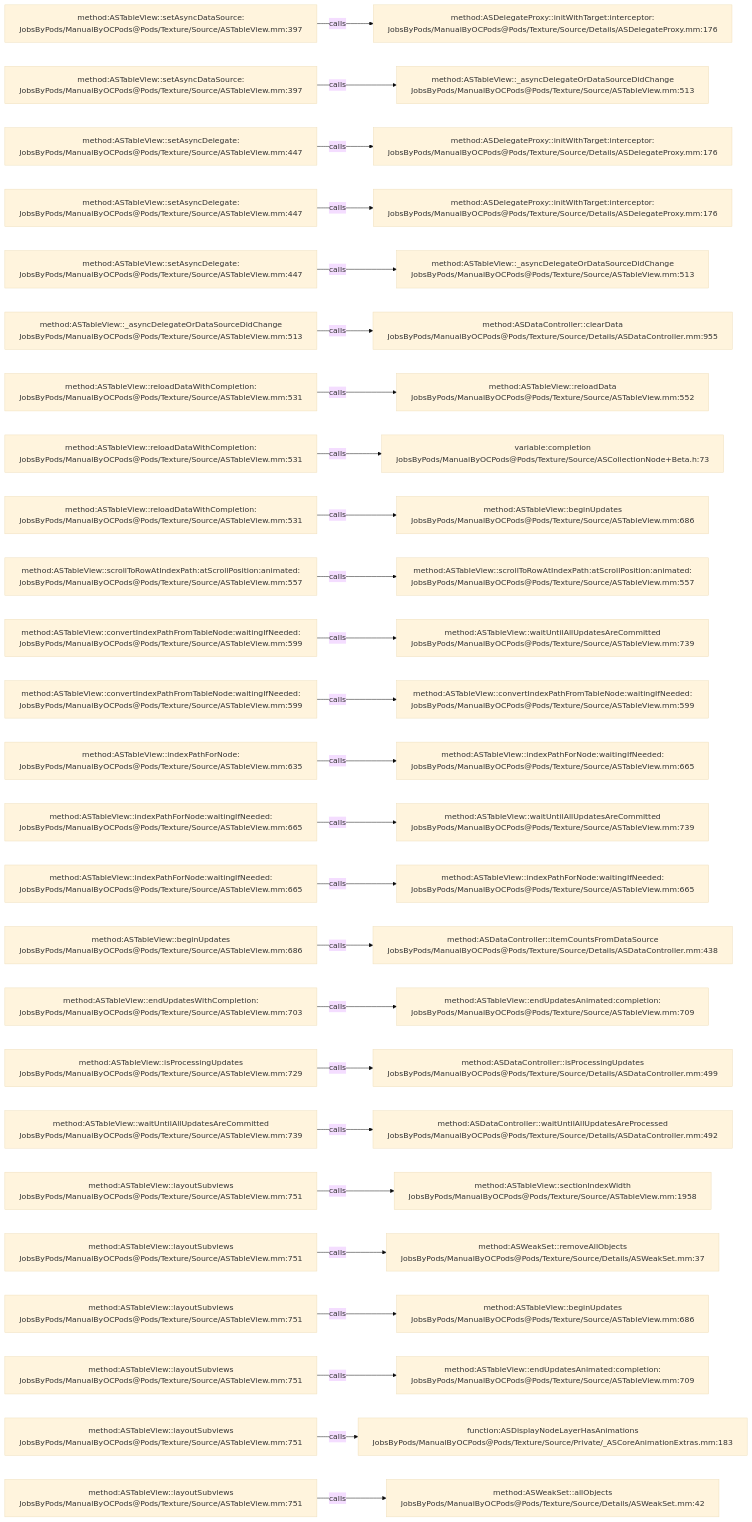
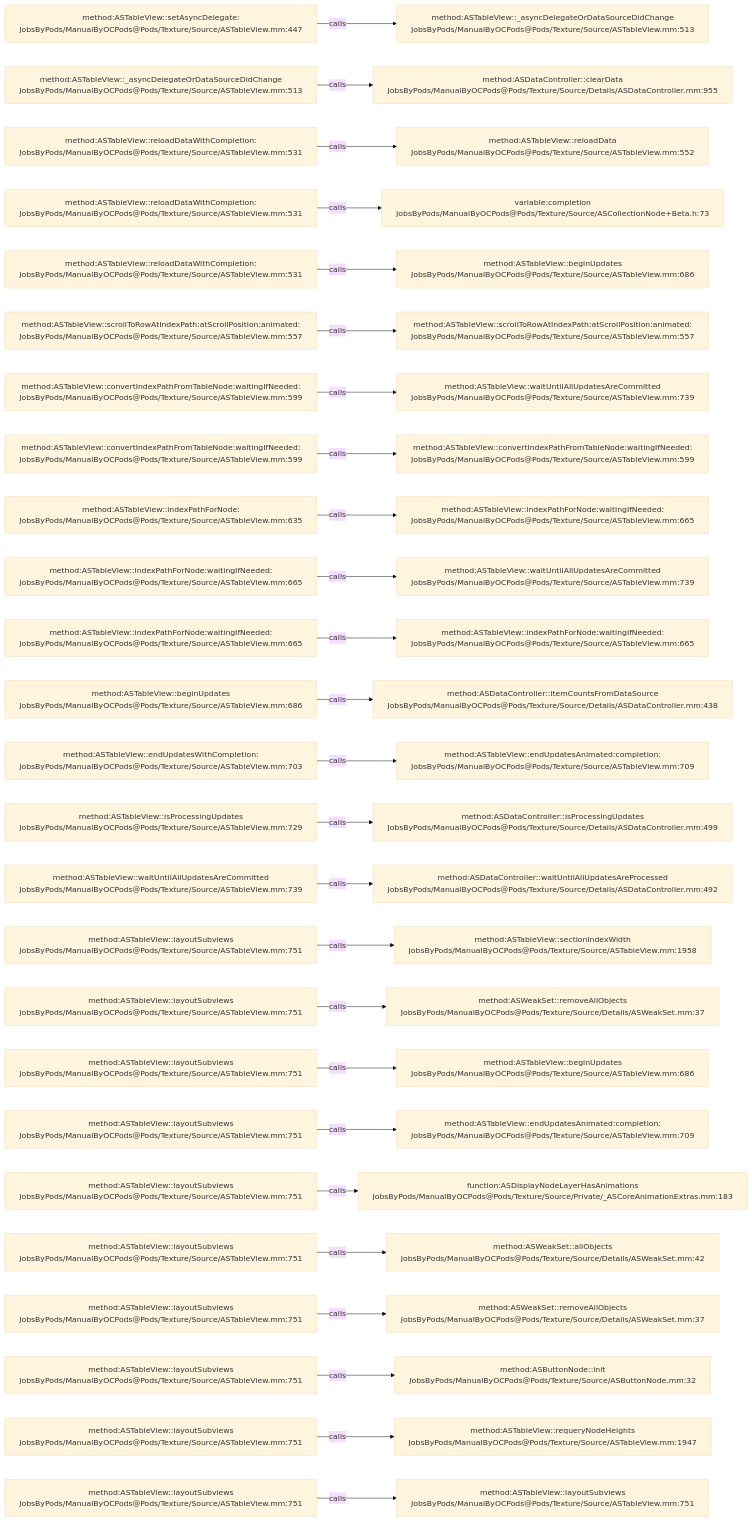
One commit to JobsKits/JobsOCBaseConfigDemo changed the diagram in .codegraph/codegraph.md/graphs/calls-125.md. Above: the diagram before and after it, drawn with Mermaid (base theme). The commit also changed 727 other files, not shown here.

````diff
--- a/.codegraph/codegraph.md/graphs/calls-125.md
+++ b/.codegraph/codegraph.md/graphs/calls-125.md
@@ -13,78 +13,78 @@
 ```mermaid
 flowchart LR
-  S1["method:ASTableView::setAsyncDataSource:<br/>JobsByPods/ManualByOCPods@Pods/Texture/Source/ASTableView.mm:397"]
-  T1["method:ASDelegateProxy::initWithTarget:interceptor:<br/>JobsByPods/ManualByOCPods@Pods/Texture/Source/Details/ASDelegateProxy.mm:176"]
+  S1["method:ASTableView::setAsyncDelegate:<br/>JobsByPods/ManualByOCPods@Pods/Texture/Source/ASTableView.mm:447"]
+  T1["method:ASTableView::_asyncDelegateOrDataSourceDidChange<br/>JobsByPods/ManualByOCPods@Pods/Texture/Source/ASTableView.mm:513"]
   S1 -->|calls| T1
-  S2["method:ASTableView::setAsyncDataSource:<br/>JobsByPods/ManualByOCPods@Pods/Texture/Source/ASTableView.mm:397"]
-  T2["method:ASTableView::_asyncDelegateOrDataSourceDidChange<br/>JobsByPods/ManualByOCPods@Pods/Texture/Source/ASTableView.mm:513"]
+  S2["method:ASTableView::_asyncDelegateOrDataSourceDidChange<br/>JobsByPods/ManualByOCPods@Pods/Texture/Source/ASTableView.mm:513"]
+  T2["method:ASDataController::clearData<br/>JobsByPods/ManualByOCPods@Pods/Texture/Source/Details/ASDataController.mm:955"]
   S2 -->|calls| T2
-  S3["method:ASTableView::setAsyncDelegate:<br/>JobsByPods/ManualByOCPods@Pods/Texture/Source/ASTableView.mm:447"]
-  T3["method:ASDelegateProxy::initWithTarget:interceptor:<br/>JobsByPods/ManualByOCPods@Pods/Texture/Source/Details/ASDelegateProxy.mm:176"]
+  S3["method:ASTableView::reloadDataWithCompletion:<br/>JobsByPods/ManualByOCPods@Pods/Texture/Source/ASTableView.mm:531"]
+  T3["method:ASTableView::reloadData<br/>JobsByPods/ManualByOCPods@Pods/Texture/Source/ASTableView.mm:552"]
   S3 -->|calls| T3
-  S4["method:ASTableView::setAsyncDelegate:<br/>JobsByPods/ManualByOCPods@Pods/Texture/Source/ASTableView.mm:447"]
-  T4["method:ASDelegateProxy::initWithTarget:interceptor:<br/>JobsByPods/ManualByOCPods@Pods/Texture/Source/Details/ASDelegateProxy.mm:176"]
+  S4["method:ASTableView::reloadDataWithCompletion:<br/>JobsByPods/ManualByOCPods@Pods/Texture/Source/ASTableView.mm:531"]
+  T4["variable:completion<br/>JobsByPods/ManualByOCPods@Pods/Texture/Source/ASCollectionNode+Beta.h:73"]
   S4 -->|calls| T4
-  S5["method:ASTableView::setAsyncDelegate:<br/>JobsByPods/ManualByOCPods@Pods/Texture/Source/ASTableView.mm:447"]
-  T5["method:ASTableView::_asyncDelegateOrDataSourceDidChange<br/>JobsByPods/ManualByOCPods@Pods/Texture/Source/ASTableView.mm:513"]
+  S5["method:ASTableView::reloadDataWithCompletion:<br/>JobsByPods/ManualByOCPods@Pods/Texture/Source/ASTableView.mm:531"]
+  T5["method:ASTableView::beginUpdates<br/>JobsByPods/ManualByOCPods@Pods/Texture/Source/ASTableView.mm:686"]
   S5 -->|calls| T5
-  S6["method:ASTableView::_asyncDelegateOrDataSourceDidChange<br/>JobsByPods/ManualByOCPods@Pods/Texture/Source/ASTableView.mm:513"]
-  T6["method:ASDataController::clearData<br/>JobsByPods/ManualByOCPods@Pods/Texture/Source/Details/ASDataController.mm:955"]
+  S6["method:ASTableView::scrollToRowAtIndexPath:atScrollPosition:animated:<br/>JobsByPods/ManualByOCPods@Pods/Texture/Source/ASTableView.mm:557"]
+  T6["method:ASTableView::scrollToRowAtIndexPath:atScrollPosition:animated:<br/>JobsByPods/ManualByOCPods@Pods/Texture/Source/ASTableView.mm:557"]
   S6 -->|calls| T6
-  S7["method:ASTableView::reloadDataWithCompletion:<br/>JobsByPods/ManualByOCPods@Pods/Texture/Source/ASTableView.mm:531"]
-  T7["method:ASTableView::reloadData<br/>JobsByPods/ManualByOCPods@Pods/Texture/Source/ASTableView.mm:552"]
+  S7["method:ASTableView::convertIndexPathFromTableNode:waitingIfNeeded:<br/>JobsByPods/ManualByOCPods@Pods/Texture/Source/ASTableView.mm:599"]
+  T7["method:ASTableView::waitUntilAllUpdatesAreCommitted<br/>JobsByPods/ManualByOCPods@Pods/Texture/Source/ASTableView.mm:739"]
   S7 -->|calls| T7
-  S8["method:ASTableView::reloadDataWithCompletion:<br/>JobsByPods/ManualByOCPods@Pods/Texture/Source/ASTableView.mm:531"]
-  T8["variable:completion<br/>JobsByPods/ManualByOCPods@Pods/Texture/Source/ASCollectionNode+Beta.h:73"]
+  S8["method:ASTableView::convertIndexPathFromTableNode:waitingIfNeeded:<br/>JobsByPods/ManualByOCPods@Pods/Texture/Source/ASTableView.mm:599"]
+  T8["method:ASTableView::convertIndexPathFromTableNode:waitingIfNeeded:<br/>JobsByPods/ManualByOCPods@Pods/Texture/Source/ASTableView.mm:599"]
   S8 -->|calls| T8
-  S9["method:ASTableView::reloadDataWithCompletion:<br/>JobsByPods/ManualByOCPods@Pods/Texture/Source/ASTableView.mm:531"]
-  T9["method:ASTableView::beginUpdates<br/>JobsByPods/ManualByOCPods@Pods/Texture/Source/ASTableView.mm:686"]
+  S9["method:ASTableView::indexPathForNode:<br/>JobsByPods/ManualByOCPods@Pods/Texture/Source/ASTableView.mm:635"]
+  T9["method:ASTableView::indexPathForNode:waitingIfNeeded:<br/>JobsByPods/ManualByOCPods@Pods/Texture/Source/ASTableView.mm:665"]
   S9 -->|calls| T9
-  S10["method:ASTableView::scrollToRowAtIndexPath:atScrollPosition:animated:<br/>JobsByPods/ManualByOCPods@Pods/Texture/Source/ASTableView.mm:557"]
-  T10["method:ASTableView::scrollToRowAtIndexPath:atScrollPosition:animated:<br/>JobsByPods/ManualByOCPods@Pods/Texture/Source/ASTableView.mm:557"]
+  S10["method:ASTableView::indexPathForNode:waitingIfNeeded:<br/>JobsByPods/ManualByOCPods@Pods/Texture/Source/ASTableView.mm:665"]
+  T10["method:ASTableView::waitUntilAllUpdatesAreCommitted<br/>JobsByPods/ManualByOCPods@Pods/Texture/Source/ASTableView.mm:739"]
   S10 -->|calls| T10
-  S11["method:ASTableView::convertIndexPathFromTableNode:waitingIfNeeded:<br/>JobsByPods/ManualByOCPods@Pods/Texture/Source/ASTableView.mm:599"]
-  T11["method:ASTableView::waitUntilAllUpdatesAreCommitted<br/>JobsByPods/ManualByOCPods@Pods/Texture/Source/ASTableView.mm:739"]
+  S11["method:ASTableView::indexPathForNode:waitingIfNeeded:<br/>JobsByPods/ManualByOCPods@Pods/Texture/Source/ASTableView.mm:665"]
+  T11["method:ASTableView::indexPathForNode:waitingIfNeeded:<br/>JobsByPods/ManualByOCPods@Pods/Texture/Source/ASTableView.mm:665"]
   S11 -->|calls| T11
-  S12["method:ASTableView::convertIndexPathFromTableNode:waitingIfNeeded:<br/>JobsByPods/ManualByOCPods@Pods/Texture/Source/ASTableView.mm:599"]
-  T12["method:ASTableView::convertIndexPathFromTableNode:waitingIfNeeded:<br/>JobsByPods/ManualByOCPods@Pods/Texture/Source/ASTableView.mm:599"]
+  S12["method:ASTableView::beginUpdates<br/>JobsByPods/ManualByOCPods@Pods/Texture/Source/ASTableView.mm:686"]
+  T12["method:ASDataController::itemCountsFromDataSource<br/>JobsByPods/ManualByOCPods@Pods/Texture/Source/Details/ASDataController.mm:438"]
   S12 -->|calls| T12
-  S13["method:ASTableView::indexPathForNode:<br/>JobsByPods/ManualByOCPods@Pods/Texture/Source/ASTableView.mm:635"]
-  T13["method:ASTableView::indexPathForNode:waitingIfNeeded:<br/>JobsByPods/ManualByOCPods@Pods/Texture/Source/ASTableView.mm:665"]
+  S13["method:ASTableView::endUpdatesWithCompletion:<br/>JobsByPods/ManualByOCPods@Pods/Texture/Source/ASTableView.mm:703"]
+  T13["method:ASTableView::endUpdatesAnimated:completion:<br/>JobsByPods/ManualByOCPods@Pods/Texture/Source/ASTableView.mm:709"]
   S13 -->|calls| T13
-  S14["method:ASTableView::indexPathForNode:waitingIfNeeded:<br/>JobsByPods/ManualByOCPods@Pods/Texture/Source/ASTableView.mm:665"]
-  T14["method:ASTableView::waitUntilAllUpdatesAreCommitted<br/>JobsByPods/ManualByOCPods@Pods/Texture/Source/ASTableView.mm:739"]
+  S14["method:ASTableView::isProcessingUpdates<br/>JobsByPods/ManualByOCPods@Pods/Texture/Source/ASTableView.mm:729"]
+  T14["method:ASDataController::isProcessingUpdates<br/>JobsByPods/ManualByOCPods@Pods/Texture/Source/Details/ASDataController.mm:499"]
   S14 -->|calls| T14
-  S15["method:ASTableView::indexPathForNode:waitingIfNeeded:<br/>JobsByPods/ManualByOCPods@Pods/Texture/Source/ASTableView.mm:665"]
-  T15["method:ASTableView::indexPathForNode:waitingIfNeeded:<br/>JobsByPods/ManualByOCPods@Pods/Texture/Source/ASTableView.mm:665"]
+  S15["method:ASTableView::waitUntilAllUpdatesAreCommitted<br/>JobsByPods/ManualByOCPods@Pods/Texture/Source/ASTableView.mm:739"]
+  T15["method:ASDataController::waitUntilAllUpdatesAreProcessed<br/>JobsByPods/ManualByOCPods@Pods/Texture/Source/Details/ASDataController.mm:492"]
   S15 -->|calls| T15
-  S16["method:ASTableView::beginUpdates<br/>JobsByPods/ManualByOCPods@Pods/Texture/Source/ASTableView.mm:686"]
-  T16["method:ASDataController::itemCountsFromDataSource<br/>JobsByPods/ManualByOCPods@Pods/Texture/Source/Details/ASDataController.mm:438"]
+  S16["method:ASTableView::layoutSubviews<br/>JobsByPods/ManualByOCPods@Pods/Texture/Source/ASTableView.mm:751"]
+  T16["method:ASTableView::sectionIndexWidth<br/>JobsByPods/ManualByOCPods@Pods/Texture/Source/ASTableView.mm:1958"]
   S16 -->|calls| T16
-  S17["method:ASTableView::endUpdatesWithCompletion:<br/>JobsByPods/ManualByOCPods@Pods/Texture/Source/ASTableView.mm:703"]
-  T17["method:ASTableView::endUpdatesAnimated:completion:<br/>JobsByPods/ManualByOCPods@Pods/Texture/Source/ASTableView.mm:709"]
+  S17["method:ASTableView::layoutSubviews<br/>JobsByPods/ManualByOCPods@Pods/Texture/Source/ASTableView.mm:751"]
+  T17["method:ASWeakSet::removeAllObjects<br/>JobsByPods/ManualByOCPods@Pods/Texture/Source/Details/ASWeakSet.mm:37"]
   S17 -->|calls| T17
-  S18["method:ASTableView::isProcessingUpdates<br/>JobsByPods/ManualByOCPods@Pods/Texture/Source/ASTableView.mm:729"]
-  T18["method:ASDataController::isProcessingUpdates<br/>JobsByPods/ManualByOCPods@Pods/Texture/Source/Details/ASDataController.mm:499"]
+  S18["method:ASTableView::layoutSubviews<br/>JobsByPods/ManualByOCPods@Pods/Texture/Source/ASTableView.mm:751"]
+  T18["method:ASTableView::beginUpdates<br/>JobsByPods/ManualByOCPods@Pods/Texture/Source/ASTableView.mm:686"]
   S18 -->|calls| T18
-  S19["method:ASTableView::waitUntilAllUpdatesAreCommitted<br/>JobsByPods/ManualByOCPods@Pods/Texture/Source/ASTableView.mm:739"]
-  T19["method:ASDataController::waitUntilAllUpdatesAreProcessed<br/>JobsByPods/ManualByOCPods@Pods/Texture/Source/Details/ASDataController.mm:492"]
+  S19["method:ASTableView::layoutSubviews<br/>JobsByPods/ManualByOCPods@Pods/Texture/Source/ASTableView.mm:751"]
+  T19["method:ASTableView::endUpdatesAnimated:completion:<br/>JobsByPods/ManualByOCPods@Pods/Texture/Source/ASTableView.mm:709"]
   S19 -->|calls| T19
   S20["method:ASTableView::layoutSubviews<br/>JobsByPods/ManualByOCPods@Pods/Texture/Source/ASTableView.mm:751"]
-  T20["method:ASTableView::sectionIndexWidth<br/>JobsByPods/ManualByOCPods@Pods/Texture/Source/ASTableView.mm:1958"]
+  T20["function:ASDisplayNodeLayerHasAnimations<br/>JobsByPods/ManualByOCPods@Pods/Texture/Source/Private/_ASCoreAnimationExtras.mm:183"]
   S20 -->|calls| T20
   S21["method:ASTableView::layoutSubviews<br/>JobsByPods/ManualByOCPods@Pods/Texture/Source/ASTableView.mm:751"]
-  T21["method:ASWeakSet::removeAllObjects<br/>JobsByPods/ManualByOCPods@Pods/Texture/Source/Details/ASWeakSet.mm:37"]
+  T21["method:ASWeakSet::allObjects<br/>JobsByPods/ManualByOCPods@Pods/Texture/Source/Details/ASWeakSet.mm:42"]
   S21 -->|calls| T21
   S22["method:ASTableView::layoutSubviews<br/>JobsByPods/ManualByOCPods@Pods/Texture/Source/ASTableView.mm:751"]
-  T22["method:ASTableView::beginUpdates<br/>JobsByPods/ManualByOCPods@Pods/Texture/Source/ASTableView.mm:686"]
+  T22["method:ASWeakSet::removeAllObjects<br/>JobsByPods/ManualByOCPods@Pods/Texture/Source/Details/ASWeakSet.mm:37"]
   S22 -->|calls| T22
   S23["method:ASTableView::layoutSubviews<br/>JobsByPods/ManualByOCPods@Pods/Texture/Source/ASTableView.mm:751"]
-  T23["method:ASTableView::endUpdatesAnimated:completion:<br/>JobsByPods/ManualByOCPods@Pods/Texture/Source/ASTableView.mm:709"]
+  T23["method:ASButtonNode::init<br/>JobsByPods/ManualByOCPods@Pods/Texture/Source/ASButtonNode.mm:32"]
   S23 -->|calls| T23
   S24["method:ASTableView::layoutSubviews<br/>JobsByPods/ManualByOCPods@Pods/Texture/Source/ASTableView.mm:751"]
-  T24["function:ASDisplayNodeLayerHasAnimations<br/>JobsByPods/ManualByOCPods@Pods/Texture/Source/Private/_ASCoreAnimationExtras.mm:183"]
+  T24["method:ASTableView::requeryNodeHeights<br/>JobsByPods/ManualByOCPods@Pods/Texture/Source/ASTableView.mm:1947"]
   S24 -->|calls| T24
   S25["method:ASTableView::layoutSubviews<br/>JobsByPods/ManualByOCPods@Pods/Texture/Source/ASTableView.mm:751"]
-  T25["method:ASWeakSet::allObjects<br/>JobsByPods/ManualByOCPods@Pods/Texture/Source/Details/ASWeakSet.mm:42"]
+  T25["method:ASTableView::layoutSubviews<br/>JobsByPods/ManualByOCPods@Pods/Texture/Source/ASTableView.mm:751"]
   S25 -->|calls| T25
 ```
````
